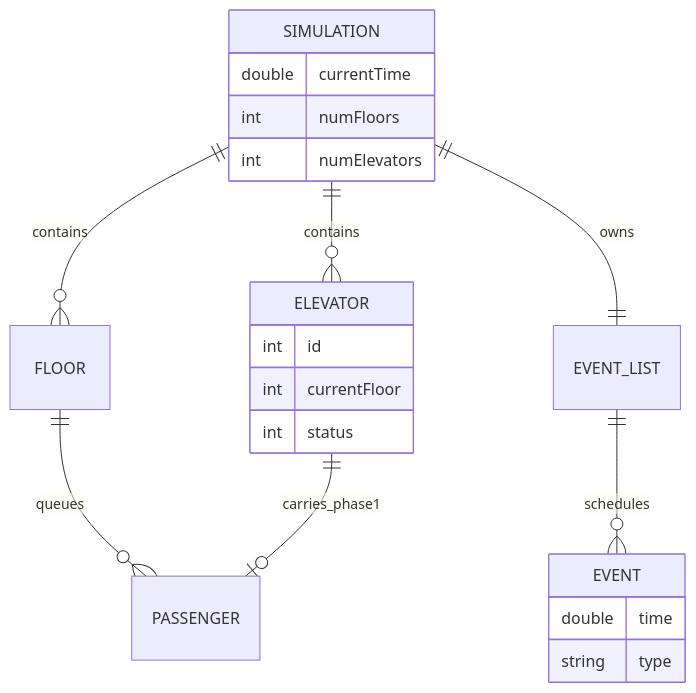
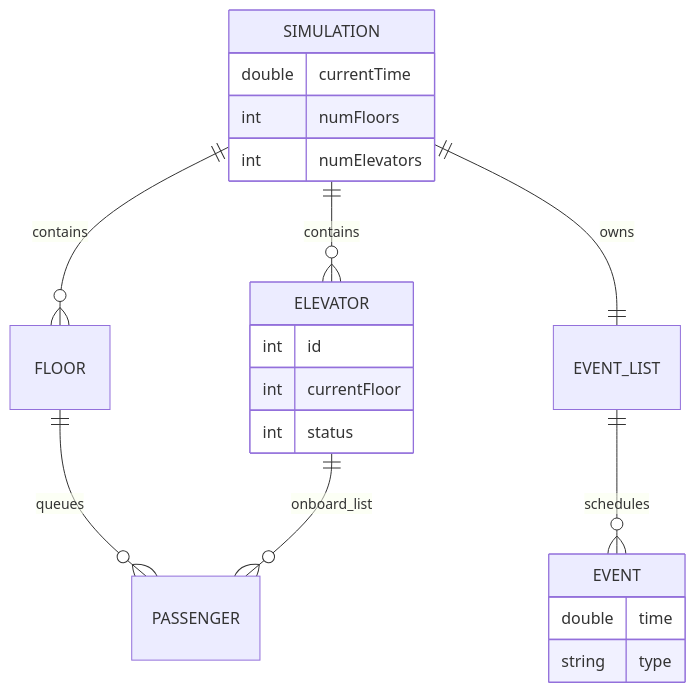
One commit to GalVitrak/Elevator-Managment-DES changed the fourth of 10 diagrams in docs/PROJECT_OVERVIEW_VISUAL.md. Above: the diagram before and after it, drawn with Mermaid. The commit also changed other lines of this file and 51 other files, not shown here.

````diff
--- a/docs/PROJECT_OVERVIEW_VISUAL.md
+++ b/docs/PROJECT_OVERVIEW_VISUAL.md
@@ -84,24 +84,24 @@
 ```mermaid
 erDiagram
     SIMULATION ||--o{ ELEVATOR : contains
     SIMULATION ||--o{ FLOOR : contains
     SIMULATION ||--|| EVENT_LIST : owns
     FLOOR ||--o{ PASSENGER : queues
     EVENT_LIST ||--o{ EVENT : schedules
-    ELEVATOR ||--o| PASSENGER : carries_phase1
+    ELEVATOR ||--o{ PASSENGER : onboard_list
 
     SIMULATION {
         double currentTime
         int numFloors
         int numElevators
     }
     ELEVATOR {
         int id
         int currentFloor
         int status
     }
     EVENT {
         double time
         string type
     }
 ```
````
